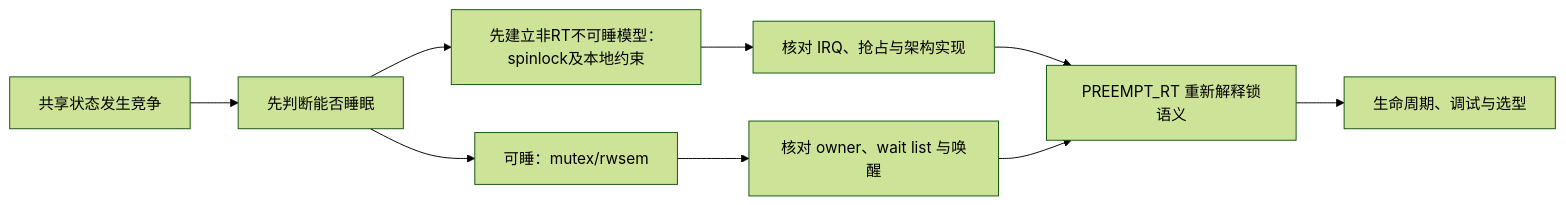
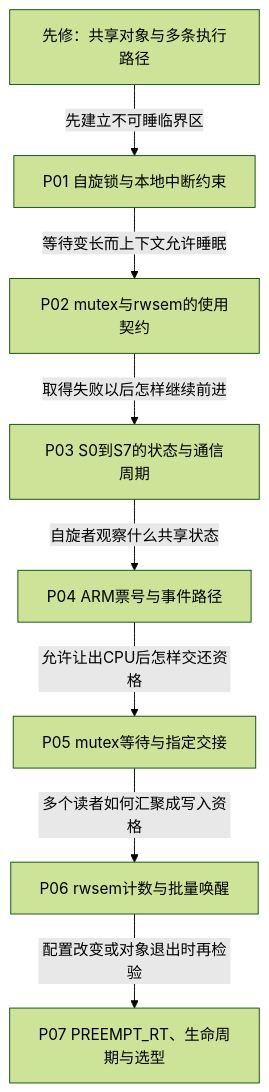
The diagram in knowledge/linux/synchronization_and_asynchrony/synchronization/locks/大纲.md (FormingSystem/linux_note), drawn with Mermaid (forest theme) before and after one commit. The commit also changed other lines of this file and 1 other file, not shown here.

Commit message:
content(locking/navigation): 串起锁契约与版本实现的阅读问题
- 阅读地图按使用契约、统一周期、架构自旋和可睡交接推进，补执行路径先修。

- 源码索引先区分配置与状态职责，明确等待链头和任务栈节点；两图及全仓链接验证通过。

````diff
--- a/knowledge/linux/synchronization_and_asynchrony/synchronization/locks/大纲.md
+++ b/knowledge/linux/synchronization_and_asynchrony/synchronization/locks/大纲.md
@@ -16,11 +18,10 @@
 ```mermaid
-flowchart LR
-    A["共享状态发生竞争"] --> B["先判断能否睡眠"]
-    B --> C["先建立非RT不可睡模型：spinlock及本地约束"]
-    B --> D["可睡：mutex/rwsem"]
-    C --> E["核对 IRQ、抢占与架构实现"]
-    D --> F["核对 owner、wait list 与唤醒"]
-    E --> G["PREEMPT_RT 重新解释锁语义"]
-    F --> G
-    G --> H["生命周期、调试与选型"]
+flowchart TD
+    A["先修：共享对象与多条执行路径"] -->|先建立不可睡临界区| B["P01 自旋锁与本地中断约束"]
+    B -->|等待变长而上下文允许睡眠| C["P02 mutex与rwsem的使用契约"]
+    C -->|取得失败以后怎样继续前进| D["P03 S0到S7的状态与通信周期"]
+    D -->|自旋者观察什么共享状态| E["P04 ARM票号与事件路径"]
+    E -->|允许让出CPU后怎样交还资格| F["P05 mutex等待与指定交接"]
+    F -->|多个读者如何汇聚成写入资格| G["P06 rwsem计数与批量唤醒"]
+    G -->|配置改变或对象退出时再检验| H["P07 PREEMPT_RT、生命周期与选型"]
 ```
````
